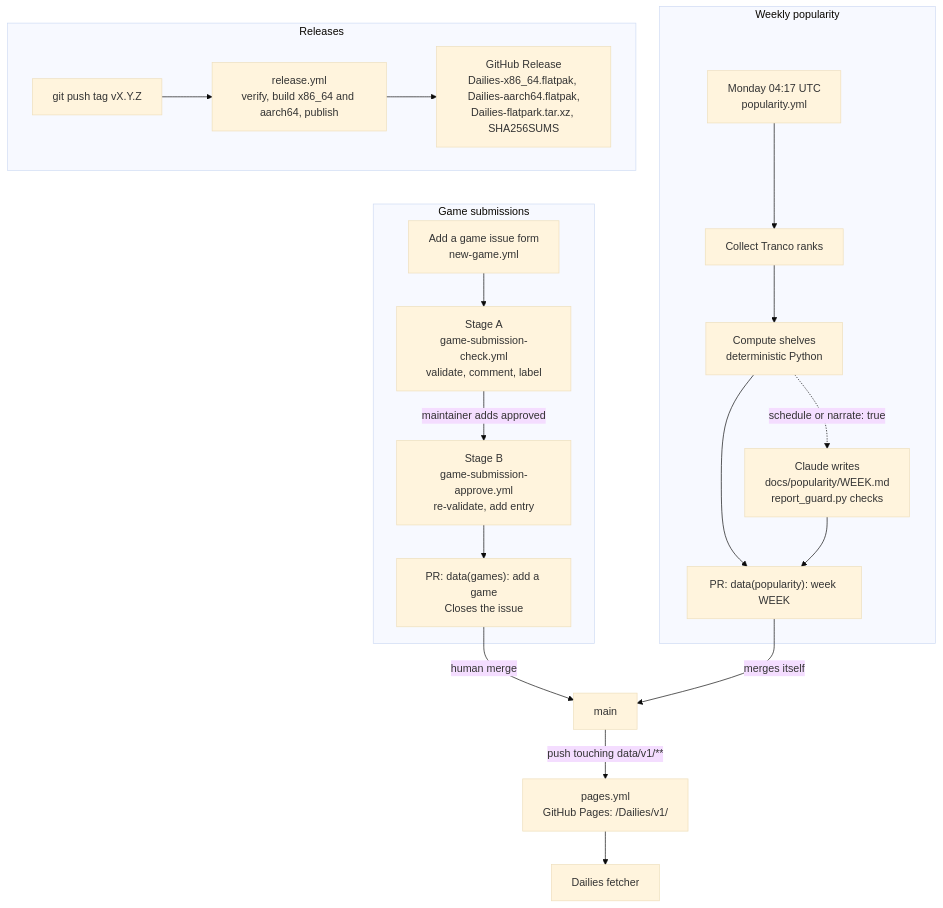
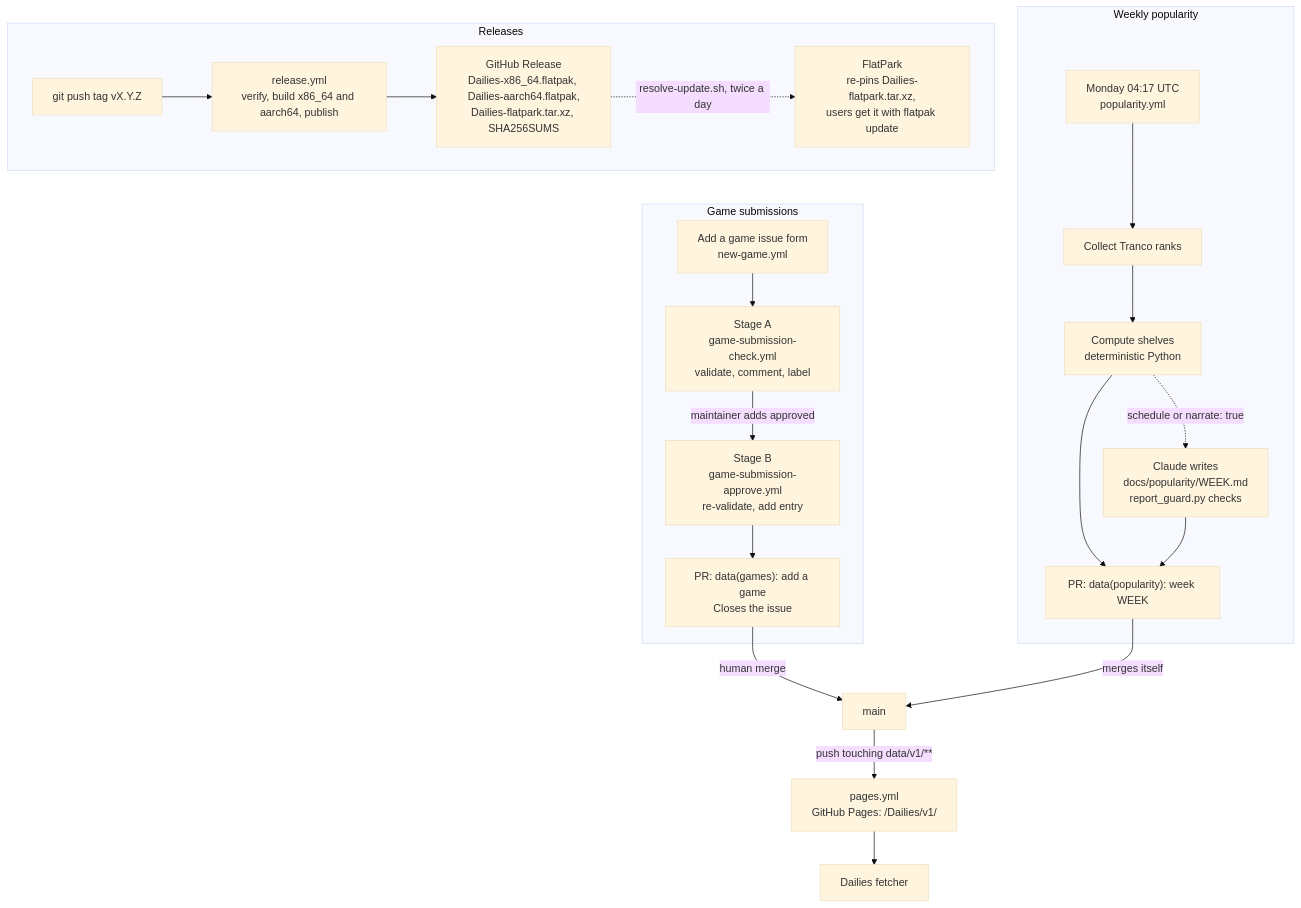
One commit to Tim-van-Oudheusden/Dailies changed the second of 2 diagrams in docs/architecture.md. Above: the diagram before and after it, drawn with Mermaid (base theme). The commit also changed other lines of this file and 7 other files, not shown here.

First line of the commit message:
docs: install Dailies from FlatPark (#206)

````diff
--- a/docs/architecture.md
+++ b/docs/architecture.md
@@ -317,23 +317,24 @@
 ```mermaid
 flowchart TD
   subgraph submit["Game submissions"]
     FORM["Add a game issue form<br/>new-game.yml"] --> A["Stage A<br/>game-submission-check.yml<br/>validate, comment, label"]
     A -->|"maintainer adds approved"| B["Stage B<br/>game-submission-approve.yml<br/>re-validate, add entry"]
     B --> PR1["PR: data(games): add a game<br/>Closes the issue"]
   end
   subgraph weekly["Weekly popularity"]
     CRON["Monday 04:17 UTC<br/>popularity.yml"] --> COLLECT["Collect Tranco ranks"]
     COLLECT --> COMPUTE["Compute shelves<br/>deterministic Python"]
     COMPUTE -.->|"schedule or narrate: true"| REPORT["Claude writes<br/>docs/popularity/WEEK.md<br/>report_guard.py checks"]
     COMPUTE --> PR2["PR: data(popularity): week WEEK"]
     REPORT --> PR2
   end
   PR1 -->|"human merge"| MAIN["main"]
   PR2 -->|"merges itself"| MAIN
   MAIN -->|"push touching data/v1/**"| PAGES["pages.yml<br/>GitHub Pages: /Dailies/v1/"]
   PAGES --> APP["Dailies fetcher"]
   subgraph release["Releases"]
     TAG["git push tag vX.Y.Z"] --> REL["release.yml<br/>verify, build x86_64 and aarch64, publish"]
     REL --> ASSETS["GitHub Release<br/>Dailies-x86_64.flatpak, Dailies-aarch64.flatpak,<br/>Dailies-flatpark.tar.xz, SHA256SUMS"]
+    ASSETS -.->|"resolve-update.sh, twice a day"| FP["FlatPark<br/>re-pins Dailies-flatpark.tar.xz,<br/>users get it with flatpak update"]
   end
 ```
````
